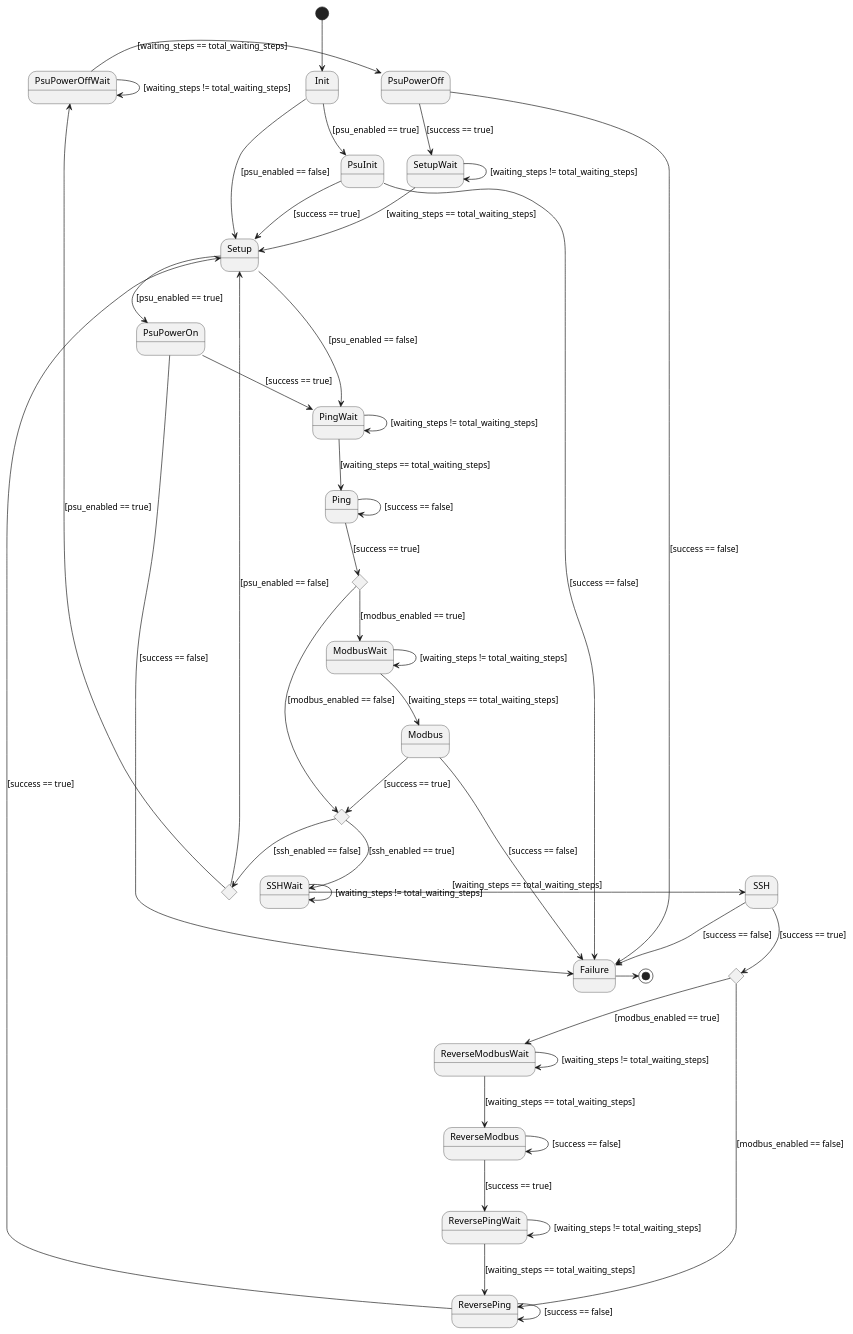
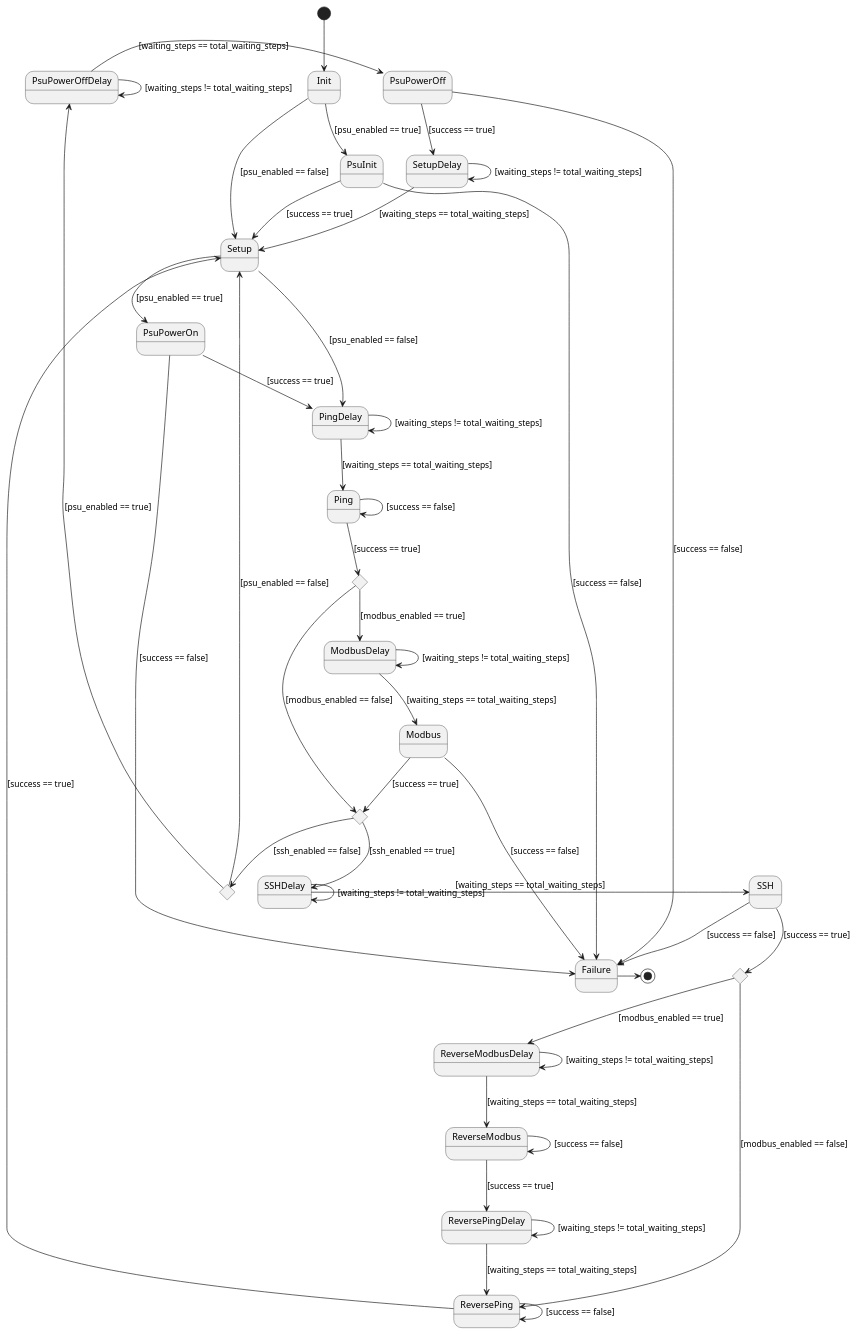
Before and after one commit to pixsys-electronics/PowerSupplyCycleTool: the diagram in assets/state_machine_schema.puml, drawn with PlantUML.

Commit message:
rename wait to delay into state machine

```diff
--- a/assets/state_machine_schema.puml
+++ b/assets/state_machine_schema.puml
@@ -2,77 +2,77 @@
 @startuml state_machine
 
 [*] --> Init
 
 state PingDecision <<choice>>
 state PingDecision2 <<choice>>
 state PingDecision3 <<choice>>
 state SSHDecision <<choice>>
 
 ' decisions '
-PingDecision --> ModbusWait : [modbus_enabled == true]
+PingDecision --> ModbusDelay : [modbus_enabled == true]
 PingDecision --> PingDecision2 : [modbus_enabled == false]
 
-PingDecision2 --> SSHWait : [ssh_enabled == true]
+PingDecision2 --> SSHDelay : [ssh_enabled == true]
 PingDecision2 --> PingDecision3 : [ssh_enabled == false]
 
-PingDecision3 --> PsuPowerOffWait : [psu_enabled == true]
+PingDecision3 --> PsuPowerOffDelay : [psu_enabled == true]
 PingDecision3 --> Setup : [psu_enabled == false]
 
-SSHDecision --> ReverseModbusWait : [modbus_enabled == true]
+SSHDecision --> ReverseModbusDelay : [modbus_enabled == true]
 SSHDecision --> ReversePing : [modbus_enabled == false]
 
 ' states '
 Init --> PsuInit : [psu_enabled == true]
 Init --> Setup : [psu_enabled == false]
 
 PsuInit --> Setup : [success == true]
 PsuInit --> Failure : [success == false]
 
-SetupWait --> Setup : [waiting_steps == total_waiting_steps]
-SetupWait --> SetupWait : [waiting_steps != total_waiting_steps]
+SetupDelay --> Setup : [waiting_steps == total_waiting_steps]
+SetupDelay --> SetupDelay : [waiting_steps != total_waiting_steps]
 
 Setup --> PsuPowerOn : [psu_enabled == true]
-Setup --> PingWait : [psu_enabled == false]
+Setup --> PingDelay : [psu_enabled == false]
 
-PsuPowerOn --> PingWait : [success == true]
+PsuPowerOn --> PingDelay : [success == true]
 PsuPowerOn --> Failure : [success == false]
 
-PingWait --> Ping : [waiting_steps == total_waiting_steps]
-PingWait --> PingWait : [waiting_steps != total_waiting_steps]
+PingDelay --> Ping : [waiting_steps == total_waiting_steps]
+PingDelay --> PingDelay : [waiting_steps != total_waiting_steps]
 
-PsuPowerOffWait -> PsuPowerOff : [waiting_steps == total_waiting_steps]
-PsuPowerOffWait -> PsuPowerOffWait : [waiting_steps != total_waiting_steps]
+PsuPowerOffDelay -> PsuPowerOff : [waiting_steps == total_waiting_steps]
+PsuPowerOffDelay -> PsuPowerOffDelay : [waiting_steps != total_waiting_steps]
 
-PsuPowerOff --> SetupWait : [success == true]
+PsuPowerOff --> SetupDelay : [success == true]
 PsuPowerOff --> Failure : [success == false]
 
 Ping --> PingDecision : [success == true]
 Ping --> Ping: [success == false]
 
-ModbusWait --> Modbus : [waiting_steps == total_waiting_steps]
-ModbusWait --> ModbusWait : [waiting_steps != total_waiting_steps]
+ModbusDelay --> Modbus : [waiting_steps == total_waiting_steps]
+ModbusDelay --> ModbusDelay : [waiting_steps != total_waiting_steps]
 
 Modbus --> PingDecision2 : [success == true]
 Modbus --> Failure : [success == false]
 
-SSHWait -> SSH : [waiting_steps == total_waiting_steps]
-SSHWait -> SSHWait : [waiting_steps != total_waiting_steps]
+SSHDelay -> SSH : [waiting_steps == total_waiting_steps]
+SSHDelay -> SSHDelay : [waiting_steps != total_waiting_steps]
 
 SSH --> SSHDecision : [success == true]
 SSH --> Failure : [success == false]
 
-ReverseModbusWait --> ReverseModbus : [waiting_steps == total_waiting_steps]
-ReverseModbusWait --> ReverseModbusWait : [waiting_steps != total_waiting_steps]
+ReverseModbusDelay --> ReverseModbus : [waiting_steps == total_waiting_steps]
+ReverseModbusDelay --> ReverseModbusDelay : [waiting_steps != total_waiting_steps]
 
 ReverseModbus --> ReverseModbus : [success == false]
-ReverseModbus --> ReversePingWait : [success == true]
+ReverseModbus --> ReversePingDelay : [success == true]
 
-ReversePingWait --> ReversePing : [waiting_steps == total_waiting_steps]
-ReversePingWait --> ReversePingWait : [waiting_steps != total_waiting_steps]
+ReversePingDelay --> ReversePing : [waiting_steps == total_waiting_steps]
+ReversePingDelay --> ReversePingDelay : [waiting_steps != total_waiting_steps]
 
 ReversePing --> ReversePing : [success == false]
 ReversePing --> Setup : [success == true]
 
 Failure -> [*]
 
 @enduml
```
